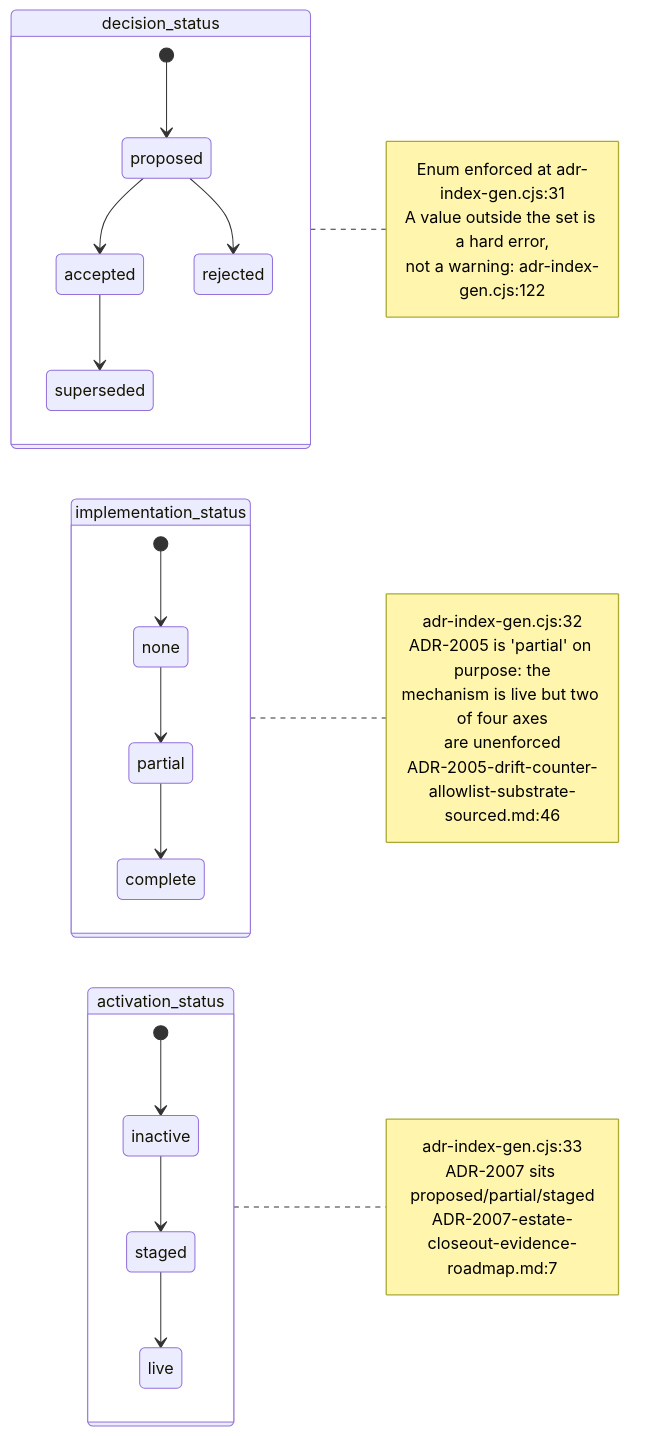
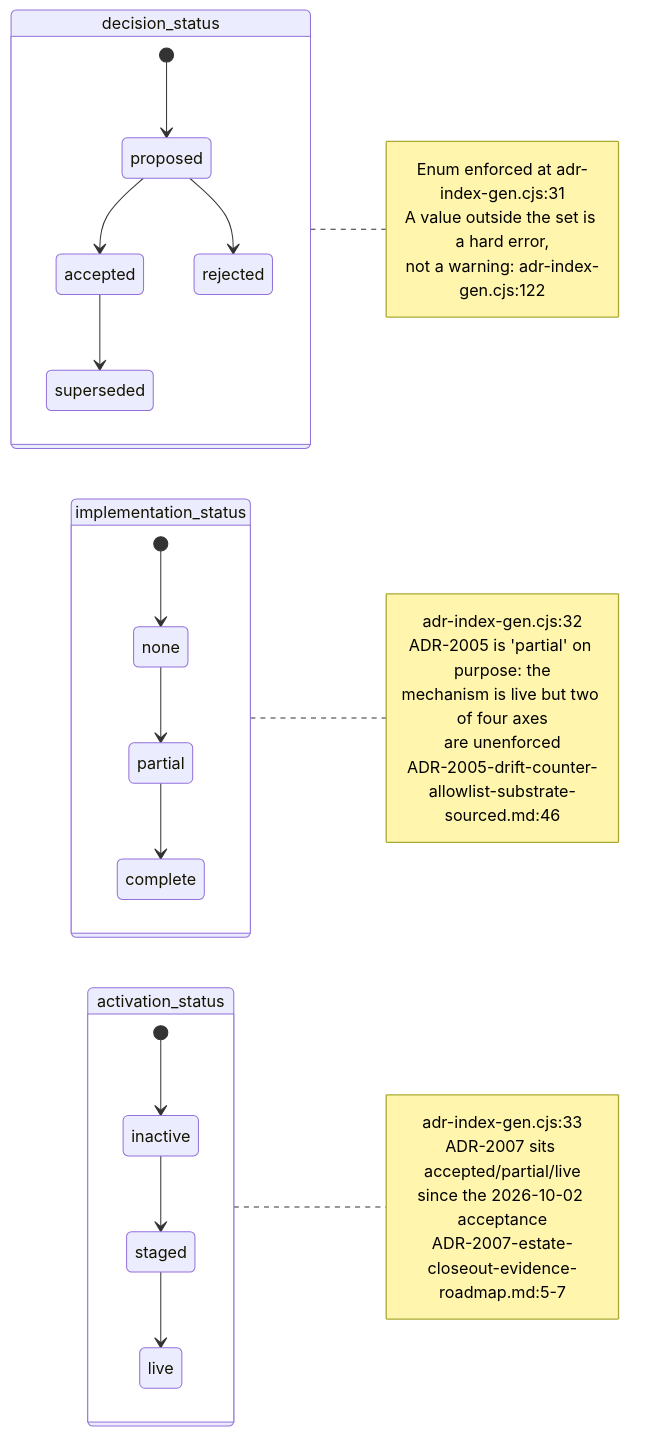
One commit to DreamLab-AI/VisionFlow changed the third of 11 diagrams in docs/diagrams/visionflow/01-repo-composition-and-canon.md. Above: the diagram before and after it, drawn with Mermaid. The commit also changed other lines of this file and 21 other files, not shown here.

Commit message:
docs(diagrams): refresh first verified estate batch

````diff
--- a/docs/diagrams/visionflow/01-repo-composition-and-canon.md
+++ b/docs/diagrams/visionflow/01-repo-composition-and-canon.md
@@ -132,37 +132,38 @@
 ```mermaid
 stateDiagram-v2
     direction LR
     state "decision_status" as DEC {
         [*] --> proposed
         proposed --> accepted
         proposed --> rejected
         accepted --> superseded
     }
     state "implementation_status" as IMP {
         [*] --> none
         none --> partial
         partial --> complete
     }
     state "activation_status" as ACT {
         [*] --> inactive
         inactive --> staged
         staged --> live
     }
     note right of DEC
       Enum enforced at adr-index-gen.cjs:31
       A value outside the set is a hard error,
       not a warning: adr-index-gen.cjs:122
     end note
     note right of IMP
       adr-index-gen.cjs:32
       ADR-2005 is 'partial' on purpose: the
       mechanism is live but two of four axes
       are unenforced
       ADR-2005-drift-counter-allowlist-substrate-sourced.md:46
     end note
     note right of ACT
       adr-index-gen.cjs:33
-      ADR-2007 sits proposed/partial/staged
-      ADR-2007-estate-closeout-evidence-roadmap.md:7
+      ADR-2007 sits accepted/partial/live
+      since the 2026-10-02 acceptance
+      ADR-2007-estate-closeout-evidence-roadmap.md:5-7
     end note
 ```
````
